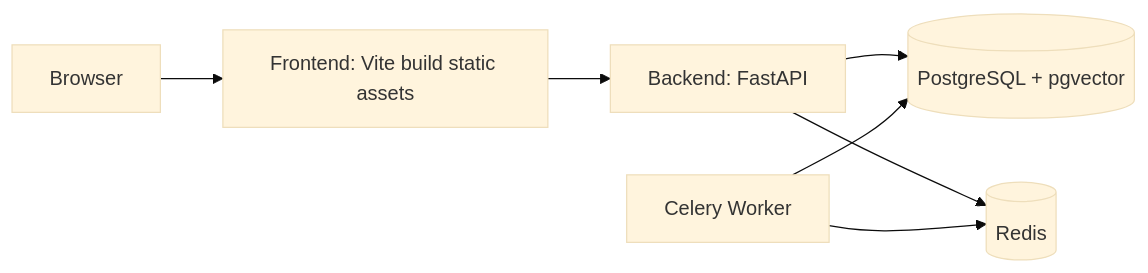
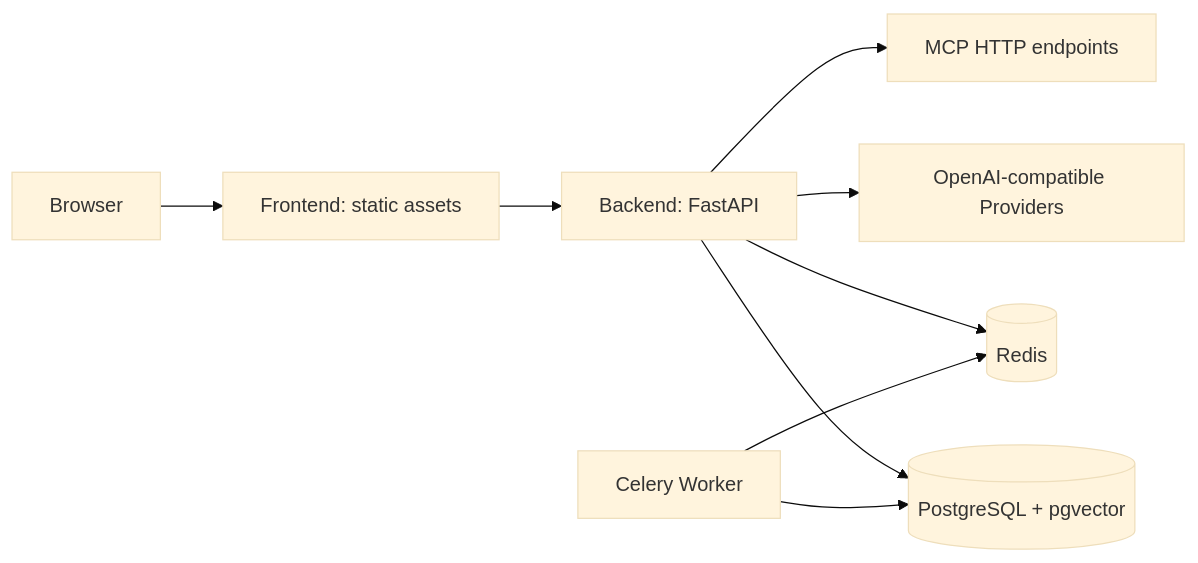
The diagram in docs/operations/deployment-operations.zh-en.md (monkeyhlj/HyperAgents), drawn with Mermaid (base theme) before and after one commit. The commit also changed other lines of this file and 41 other files, not shown here.

````diff
--- a/docs/operations/deployment-operations.zh-en.md
+++ b/docs/operations/deployment-operations.zh-en.md
@@ -9,9 +9,11 @@
 ```mermaid
 flowchart LR
-    User[Browser] --> FE[Frontend: Vite build static assets]
+    User[Browser] --> FE[Frontend: static assets]
     FE --> API[Backend: FastAPI]
     API --> DB[(PostgreSQL + pgvector)]
     API --> REDIS[(Redis)]
     WORKER[Celery Worker] --> REDIS
     WORKER --> DB
+    API --> LLM[OpenAI-compatible Providers]
+    API --> MCP[MCP HTTP endpoints]
 ```
````
